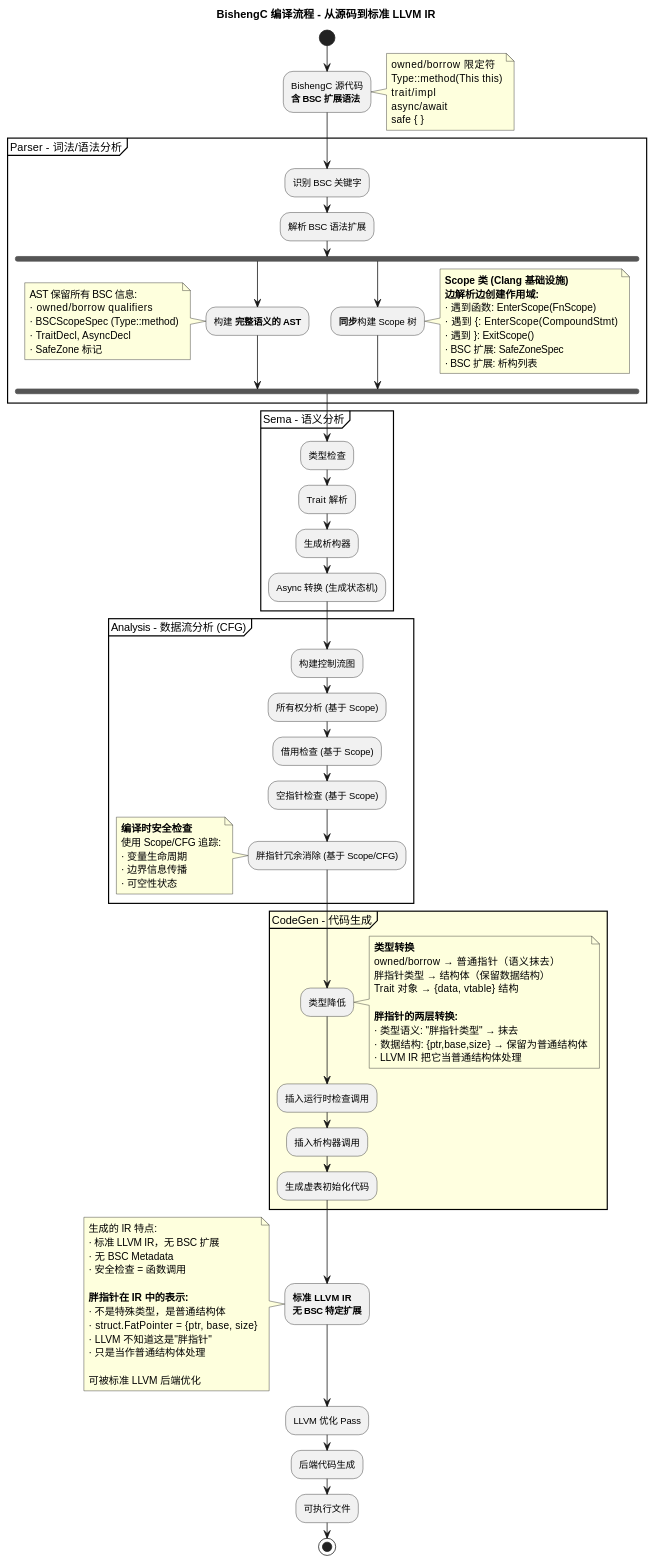
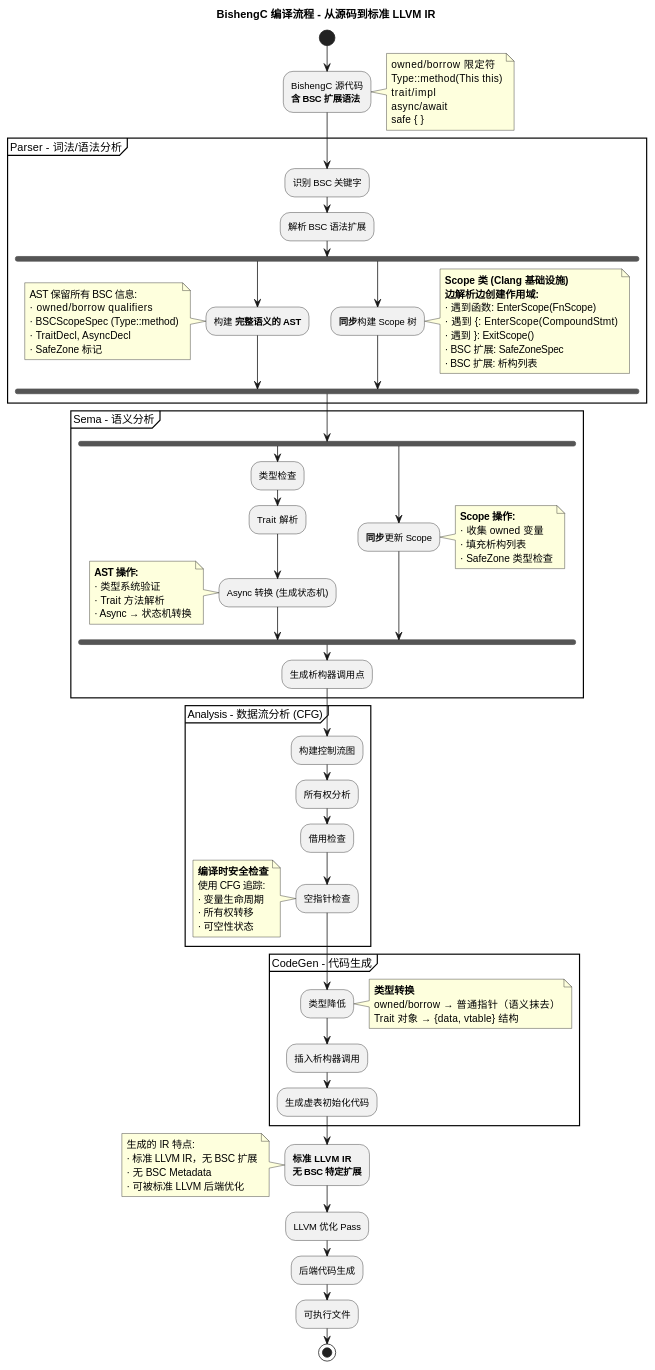
Before and after one commit to darcyincode/darcyincode.github.io: the diagram in source/_posts/第五章-BishengC完整架构与核心机制.md, drawn with PlantUML. The commit also changed other lines of this file and 16 other files, not shown here.

```diff
--- a/source/_posts/第五章-BishengC完整架构与核心机制.md
+++ b/source/_posts/第五章-BishengC完整架构与核心机制.md
@@ -190,44 +327,55 @@
 }
 
 partition "Sema - 语义分析" {
-  :类型检查;
-  :Trait 解析;
-  :生成析构器;
-  :Async 转换 (生成状态机);
+  fork
+    :类型检查;
+    :Trait 解析;
+    :Async 转换 (生成状态机);
+    
+    note left
+      **AST 操作:**
+      · 类型系统验证
+      · Trait 方法解析
+      · Async → 状态机转换
+    end note
+  fork again
+    :**同步**更新 Scope;
+    
+    note right
+      **Scope 操作:**
+      · 收集 owned 变量
+      · 填充析构列表
+      · SafeZone 类型检查
+    end note
+  end fork
+  
+  :生成析构器调用点;
 }
 
 partition "Analysis - 数据流分析 (CFG)" {
   :构建控制流图;
-  :所有权分析 (基于 Scope);
-  :借用检查 (基于 Scope);
-  :空指针检查 (基于 Scope);
-  :胖指针冗余消除 (基于 Scope/CFG);
+  :所有权分析;
+  :借用检查;
+  :空指针检查;
   
   note left
     **编译时安全检查**
-    使用 Scope/CFG 追踪:
+    使用 CFG 追踪:
     · 变量生命周期
-    · 边界信息传播
+    · 所有权转移
     · 可空性状态
   end note
 }
 
-partition "CodeGen - 代码生成" #LightYellow {
+partition "CodeGen - 代码生成" {
   :类型降低;
   
   note right
     **类型转换**
     owned/borrow → 普通指针（语义抹去）
-    胖指针类型 → 结构体（保留数据结构）
     Trait 对象 → {data, vtable} 结构
-    
-    **胖指针的两层转换:**
-    · 类型语义: "胖指针类型" → 抹去
-    · 数据结构: {ptr,base,size} → 保留为普通结构体
-    · LLVM IR 把它当普通结构体处理
   end note
   
-  :插入运行时检查调用;
   :插入析构器调用;
   :生成虚表初始化代码;
 }
@@ -239,15 +387,7 @@
   生成的 IR 特点:
   · 标准 LLVM IR，无 BSC 扩展
   · 无 BSC Metadata
-  · 安全检查 = 函数调用
-  
-  **胖指针在 IR 中的表示:**
-  · 不是特殊类型，是普通结构体
-  · struct.FatPointer = {ptr, base, size}
-  · LLVM 不知道这是"胖指针"
-  · 只是当作普通结构体处理
-  
-  可被标准 LLVM 后端优化
+  · 可被标准 LLVM 后端优化
 end note
 
 :LLVM 优化 Pass;
```
